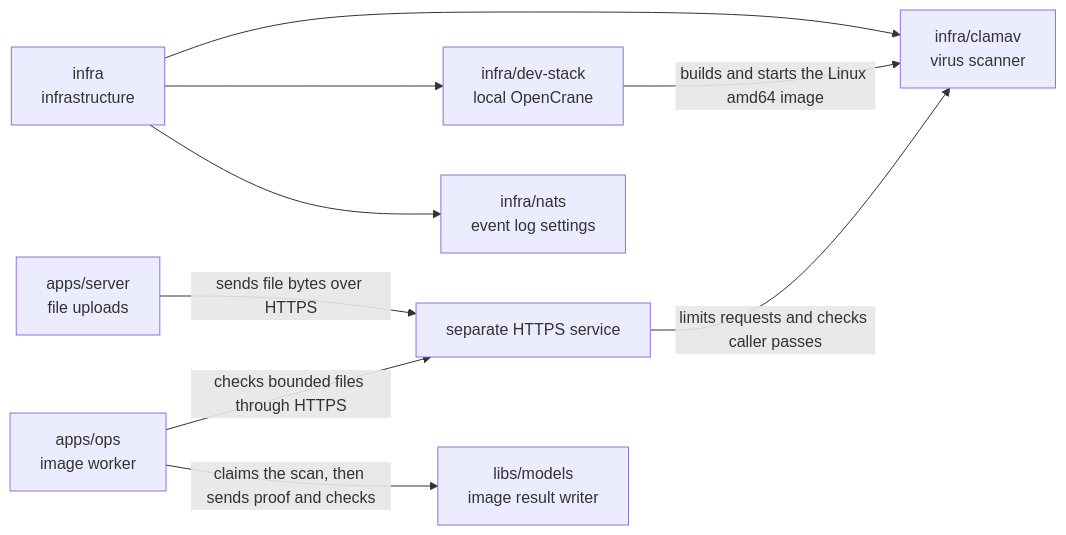
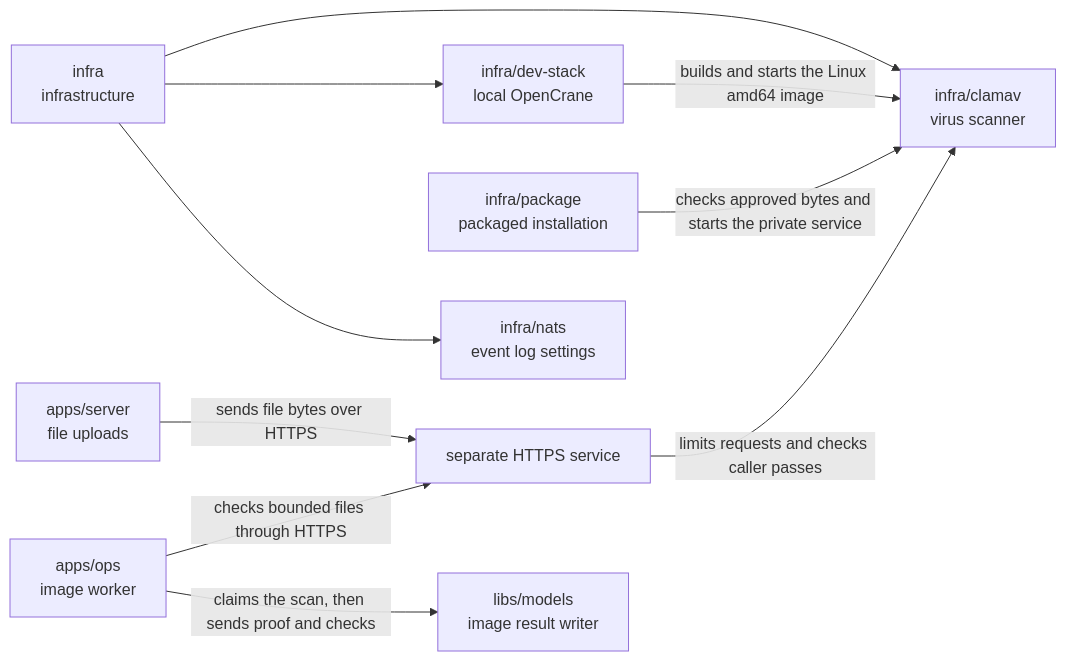
The diagram in infra/clamav/README.md (elewa-git/opencrane-new), drawn with Mermaid before and after one commit. The commit also changed other lines of this file and 46 other files, not shown here.

````diff
--- a/infra/clamav/README.md
+++ b/infra/clamav/README.md
@@ -18,11 +21,12 @@
 ```mermaid
 flowchart LR
   infra["infra<br/>infrastructure"] --> clamav["infra/clamav<br/>virus scanner"]
   infra --> stack["infra/dev-stack<br/>local OpenCrane"]
   infra --> nats["infra/nats<br/>event log settings"]
   stack -->|builds and starts the Linux amd64 image| clamav
+  package["infra/package<br/>packaged installation"] -->|checks approved bytes and starts the private service| clamav
   server["apps/server<br/>file uploads"] -->|sends file bytes over HTTPS| launcher
   worker["apps/ops<br/>image worker"] -->|checks bounded files through HTTPS| launcher
   worker -->|claims the scan, then sends proof and checks| models["libs/models<br/>image result writer"]
   launcher["separate HTTPS service"] -->|limits requests and checks caller passes| clamav
 ```
````
